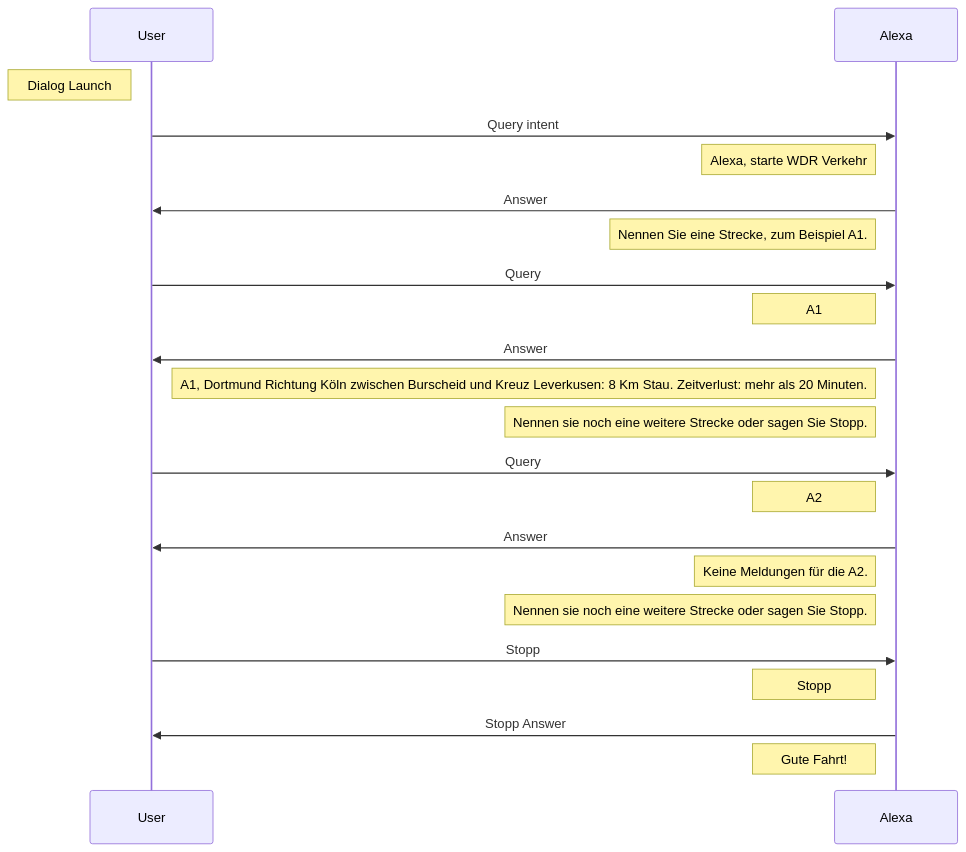
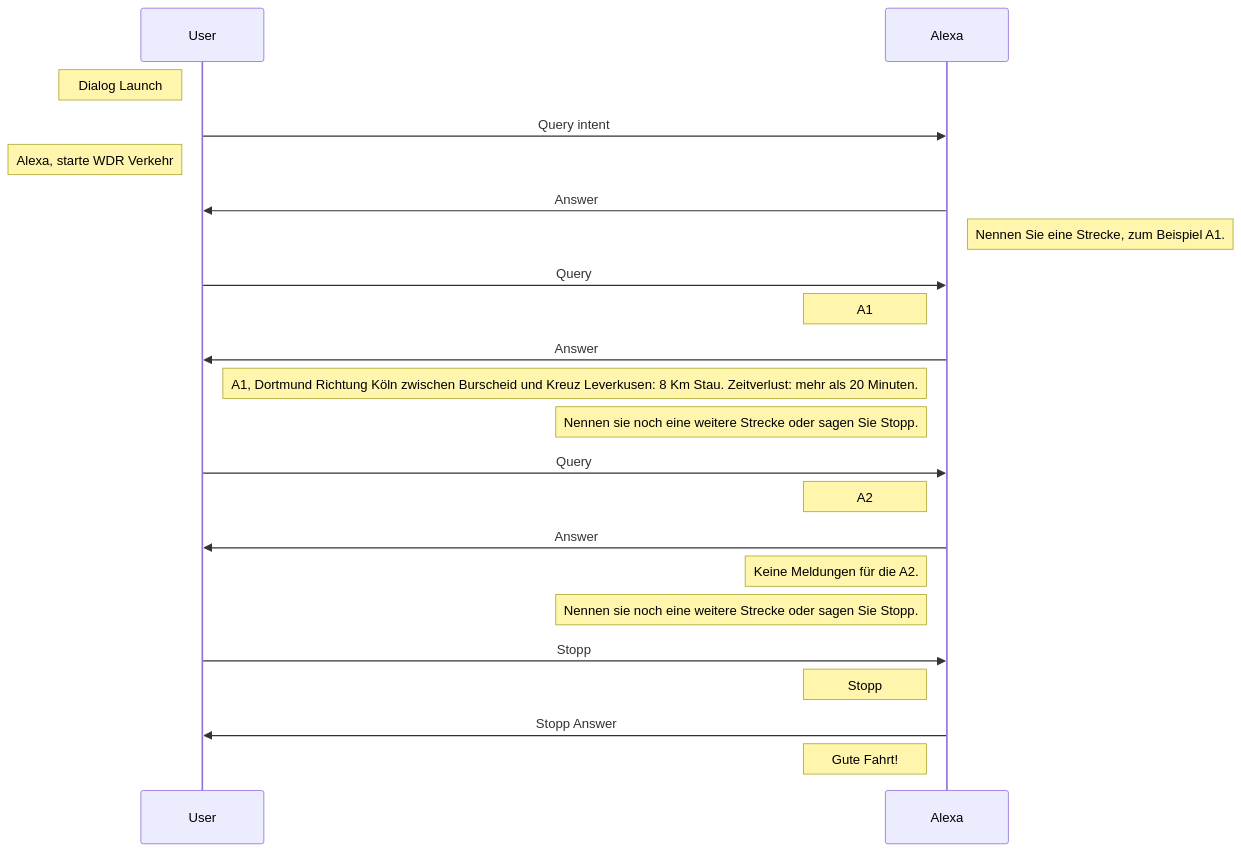
The first of 2 diagrams in index.md (wdr-data/alexa-stauschau), drawn with Mermaid before and after one commit.

Commit message:
:bento: Change position of notes

```diff
--- a/index.md
+++ b/index.md
@@ -4,22 +4,22 @@
 <div class="mermaid">
 sequenceDiagram
 Note left of User: Dialog Launch
 User->> Alexa: Query intent
-Note left of Alexa: Alexa, starte WDR Verkehr
+Note left of User: Alexa, starte WDR Verkehr
 Alexa->> User: Answer
-Note left of Alexa: Nennen Sie eine Strecke, zum Beispiel A1.
+Note right of Alexa: Nennen Sie eine Strecke, zum Beispiel A1.
 User->>Alexa: Query
 Note left of Alexa: A1
 Alexa->>User: Answer
 Note left of Alexa: A1, Dortmund Richtung Köln zwischen Burscheid und Kreuz Leverkusen: 8 Km Stau. Zeitverlust: mehr als 20 Minuten.
 Note left of Alexa: Nennen sie noch eine weitere Strecke oder sagen Sie Stopp.
 User->>Alexa: Query
 Note left of Alexa: A2
 Alexa->>User: Answer
 Note left of Alexa: Keine Meldungen für die A2.
 Note left of Alexa: Nennen sie noch eine weitere Strecke oder sagen Sie Stopp.
 User->>Alexa: Stopp
 Note left of Alexa: Stopp
 Alexa->>User: Stopp Answer
 Note left of Alexa: Gute Fahrt!
 </div>
```
